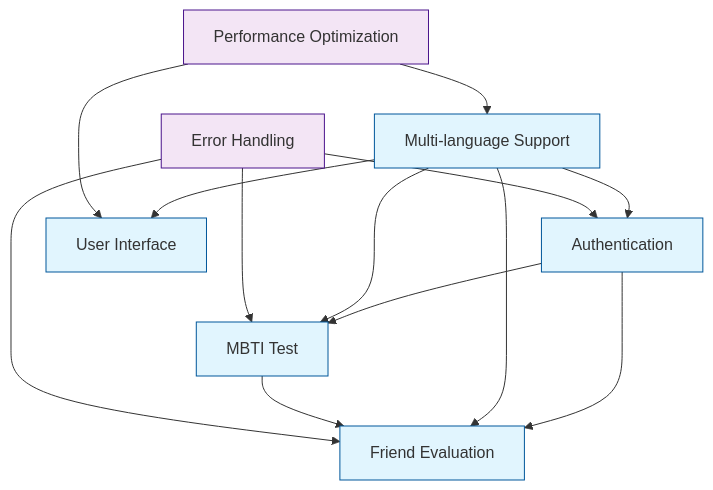
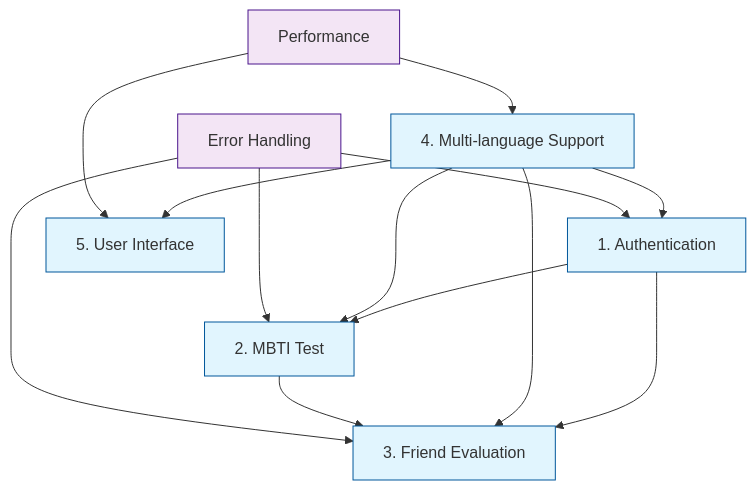
Before and after one commit to nextchaindev/yourmbti: the first of 3 diagrams in docs/features.md, drawn with Mermaid. The commit also changed other lines of this file and 11 other files, not shown here.

````diff
--- a/docs/features.md
+++ b/docs/features.md
@@ -6,37 +18,29 @@
 ```mermaid
 graph TD
-    Auth[Authentication]
-    FE[Friend Evaluation]
-    Test[MBTI Test]
-    MLS[Multi-language Support]
-    UI[User Interface]
-    PO[Performance Optimization]
+    Auth[1. Authentication]
+    FE[3. Friend Evaluation]
+    Test[2. MBTI Test]
+    MLS[4. Multi-language Support]
+    UI[5. User Interface]
+    PO[Performance]
     EH[Error Handling]
     
     Auth --> FE
     Auth --> Test
     MLS --> UI
     MLS --> Auth
     MLS --> Test
     MLS --> FE
     Test --> FE
     PO --> UI
     PO --> MLS
     EH --> Auth
     EH --> Test
     EH --> FE
     
-    click Auth "#1-authentication" "Go to Authentication section"
-    click FE "#3-friend-evaluation" "Go to Friend Evaluation section"
-    click Test "#2-mbti-test" "Go to MBTI Test section"
-    click MLS "#4-multi-language-support" "Go to Multi-language Support section"
-    click UI "#5-user-interface" "Go to User Interface section"
-    click PO "#performance-optimization" "Go to Performance Optimization section"
-    click EH "#error-handling" "Go to Error Handling section"
-    
     classDef core fill:#e1f5fe,stroke:#01579b
     classDef support fill:#f3e5f5,stroke:#4a148c
     
     class Auth,Test,FE,MLS,UI core
     class PO,EH support
 ```
````
